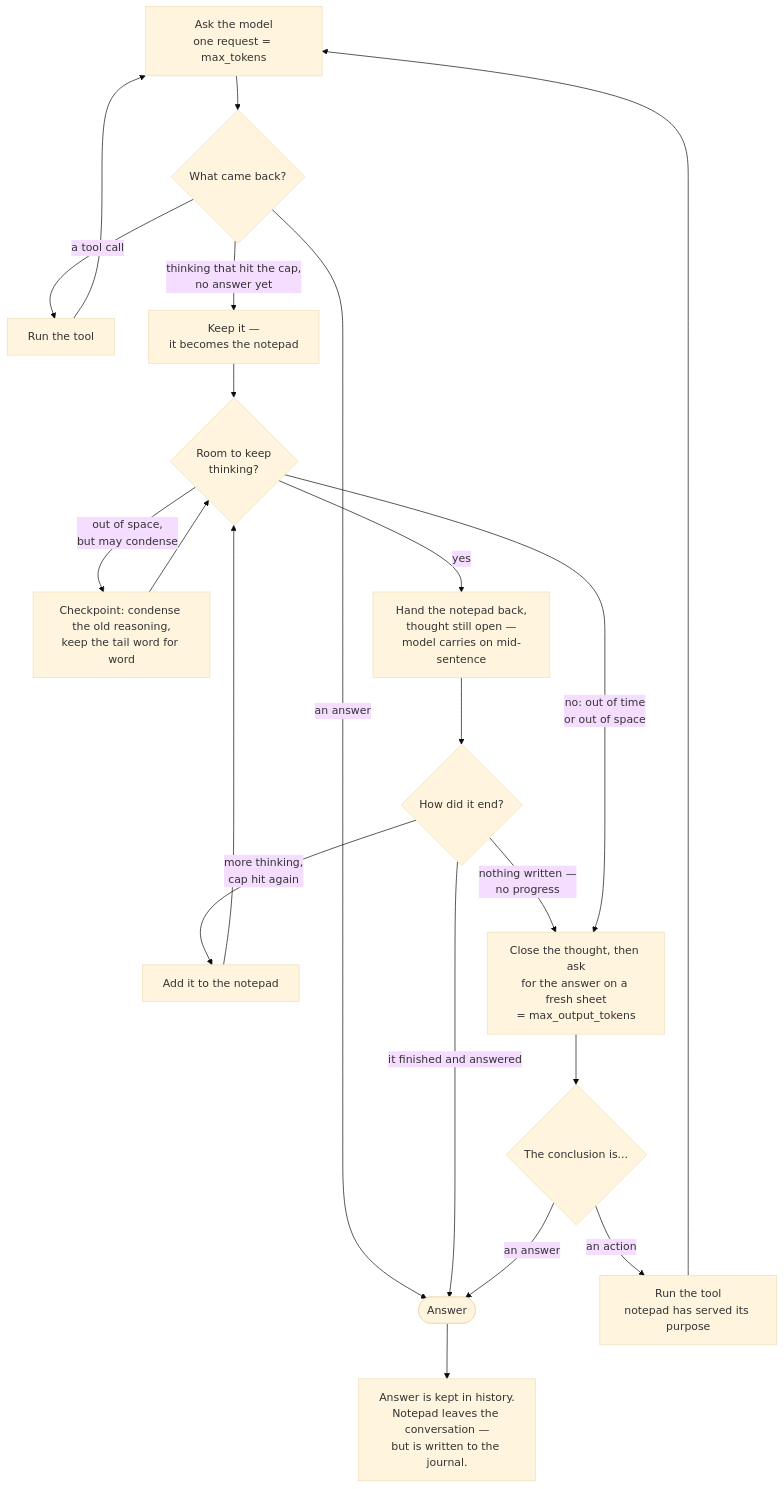
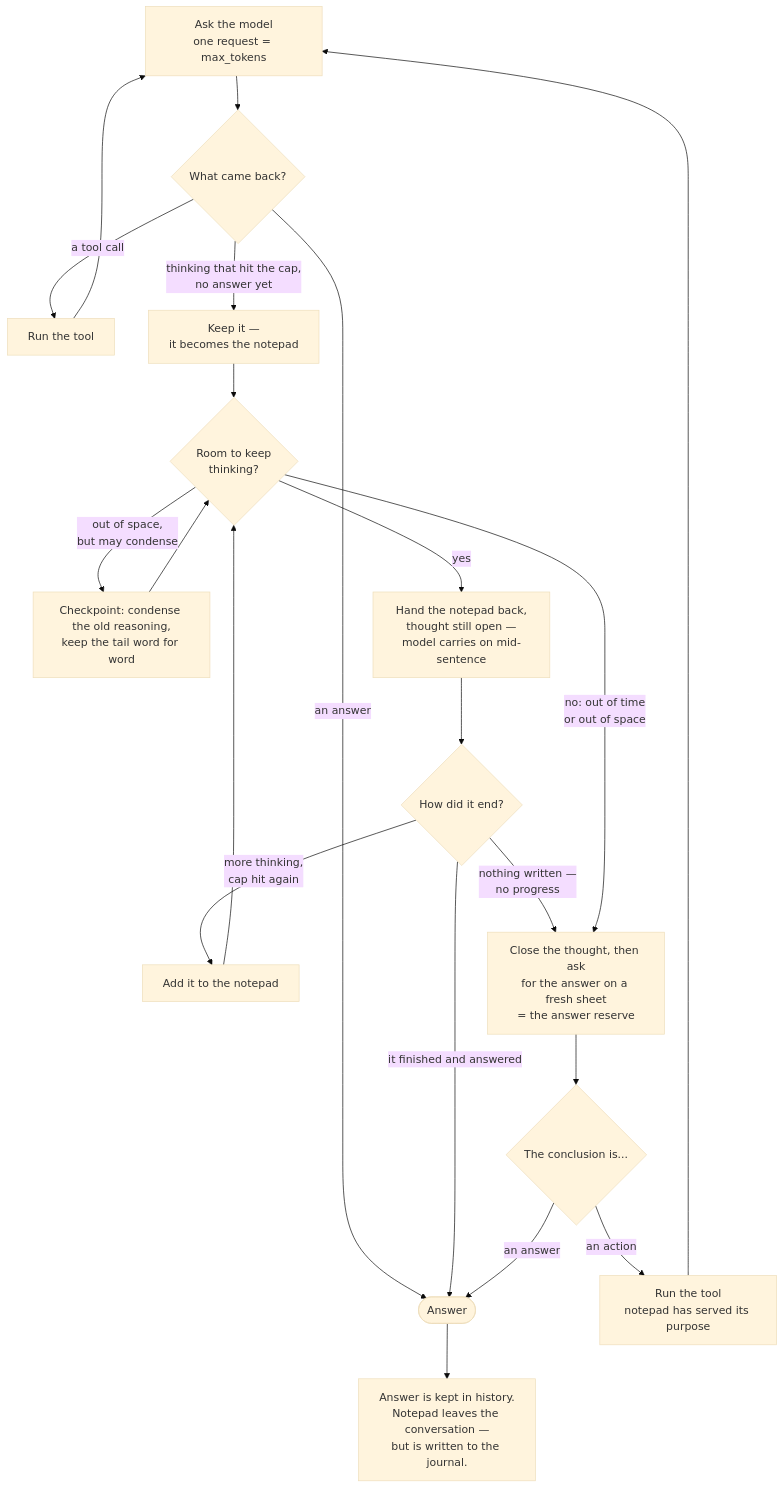
One commit to goluckyryan/letsClaw changed the third of 3 diagrams in README.md. Above: the diagram before and after it, drawn with Mermaid (base theme). The commit also changed other lines of this file and 15 other files, not shown here.

````diff
--- a/README.md
+++ b/README.md
@@ -702,22 +793,22 @@
 ```mermaid
 graph TD
     Start["Ask the model\none request = max_tokens"] --> Fin{"What came back?"}
     Fin -->|"an answer"| Answer([Answer])
     Fin -->|"a tool call"| Tools[Run the tool] --> Start
     Fin -->|"thinking that hit the cap,\nno answer yet"| Seed["Keep it —\nit becomes the notepad"]
 
     Seed --> Wall{"Room to keep\nthinking?"}
     Wall -->|"out of space,\nbut may condense"| Ckpt["Checkpoint: condense the old reasoning,\nkeep the tail word for word"]
     Ckpt --> Wall
     Wall -->|yes| Lap["Hand the notepad back,\nthought still open —\nmodel carries on mid-sentence"]
     Lap --> LapFin{"How did it end?"}
     LapFin -->|"more thinking,\ncap hit again"| Grow["Add it to the notepad"] --> Wall
     LapFin -->|"it finished and answered"| Answer
     LapFin -->|"nothing written —\nno progress"| Close
-    Wall -->|"no: out of time\nor out of space"| Close["Close the thought, then ask\nfor the answer on a fresh sheet\n= max_output_tokens"]
+    Wall -->|"no: out of time\nor out of space"| Close["Close the thought, then ask\nfor the answer on a fresh sheet\n= the answer reserve"]
     Close --> CFin{"The conclusion is..."}
     CFin -->|"an answer"| Answer
     CFin -->|"an action"| Act["Run the tool\nnotepad has served its purpose"]
     Act --> Start
     Answer --> Hist["Answer is kept in history.\nNotepad leaves the conversation —\nbut is written to the journal."]
 ```
````
